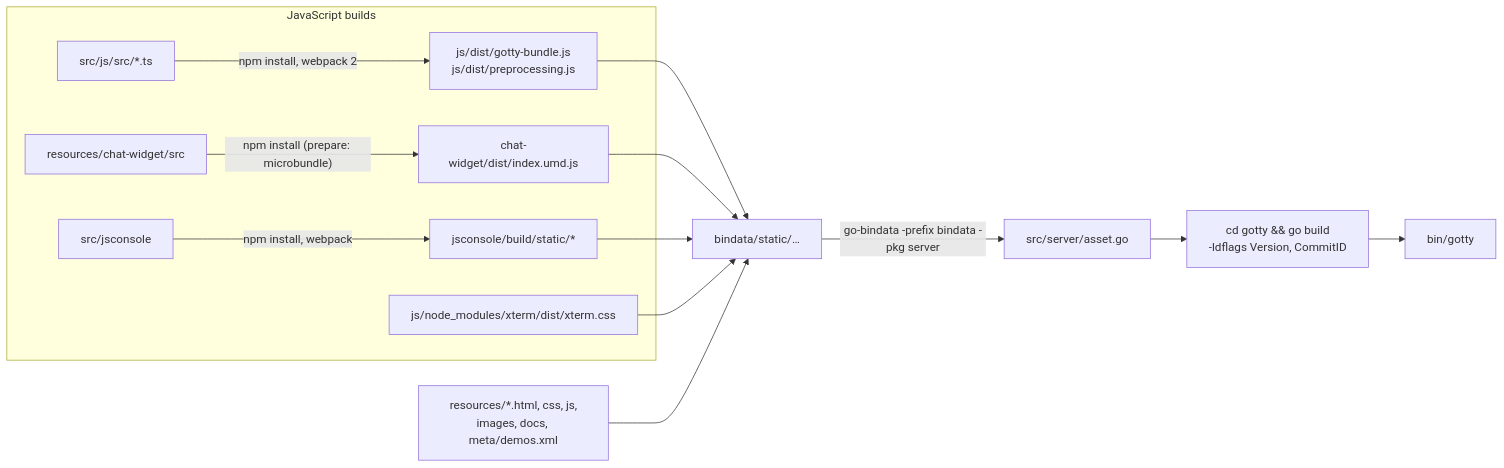
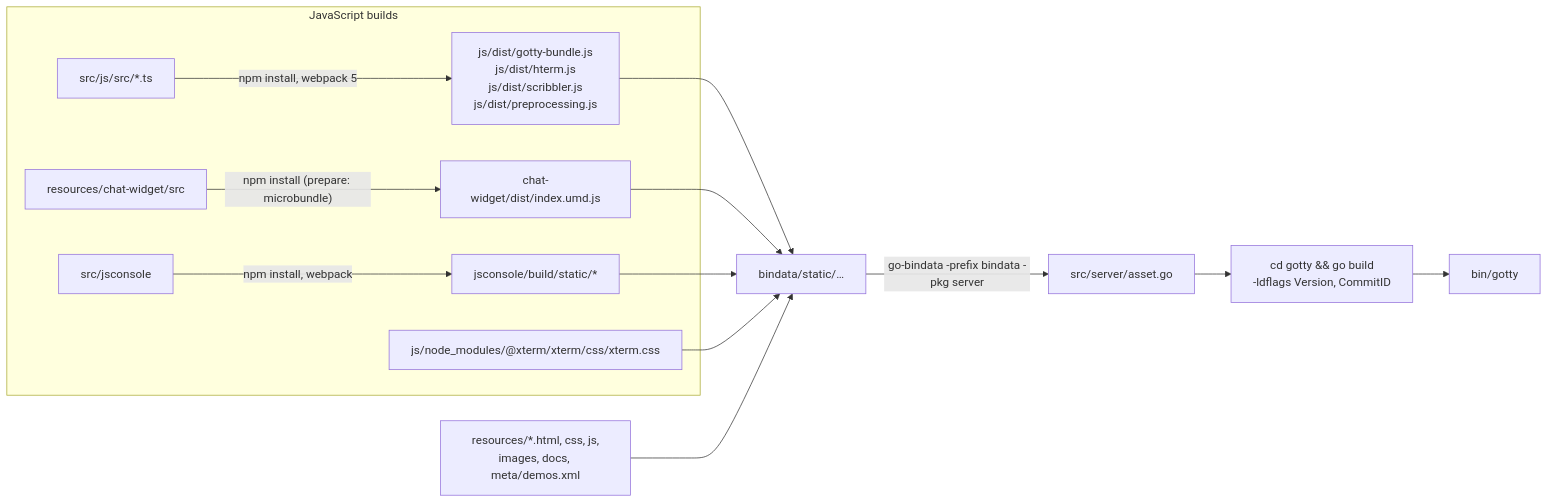
Before and after one commit to vickeykumar/openrepl: the first of 2 diagrams in docs/lld/08-build-and-deploy.md, drawn with Mermaid. The commit also changed other lines of this file and 78 other files, not shown here.

````diff
--- a/docs/lld/08-build-and-deploy.md
+++ b/docs/lld/08-build-and-deploy.md
@@ -14,18 +16,18 @@
 ```mermaid
 flowchart LR
     subgraph JS["JavaScript builds"]
-        TS["src/js/src/*.ts"] -- "npm install, webpack 2" --> GB["js/dist/gotty-bundle.js<br/>js/dist/preprocessing.js"]
+        TS["src/js/src/*.ts"] -- "npm install, webpack 5" --> GB["js/dist/gotty-bundle.js<br/>js/dist/hterm.js<br/>js/dist/scribbler.js<br/>js/dist/preprocessing.js"]
         CW["resources/chat-widget/src"] -- "npm install (prepare: microbundle)" --> CWD["chat-widget/dist/index.umd.js"]
         JC["src/jsconsole"] -- "npm install, webpack" --> JCD["jsconsole/build/static/*"]
-        XT["js/node_modules/xterm/dist/xterm.css"]
+        XT["js/node_modules/@xterm/xterm/css/xterm.css"]
     end
     RES["resources/*.html, css, js,<br/>images, docs, meta/demos.xml"]
     GB --> BD["bindata/static/…"]
     CWD --> BD
     JCD --> BD
     XT --> BD
     RES --> BD
     BD -- "go-bindata -prefix bindata -pkg server" --> ASSET["src/server/asset.go"]
     ASSET --> GO["cd gotty && go build<br/>-ldflags Version, CommitID"]
     GO --> BIN["bin/gotty"]
 ```
````
